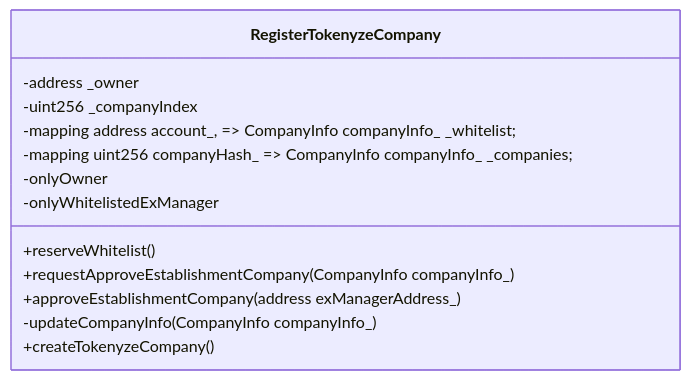
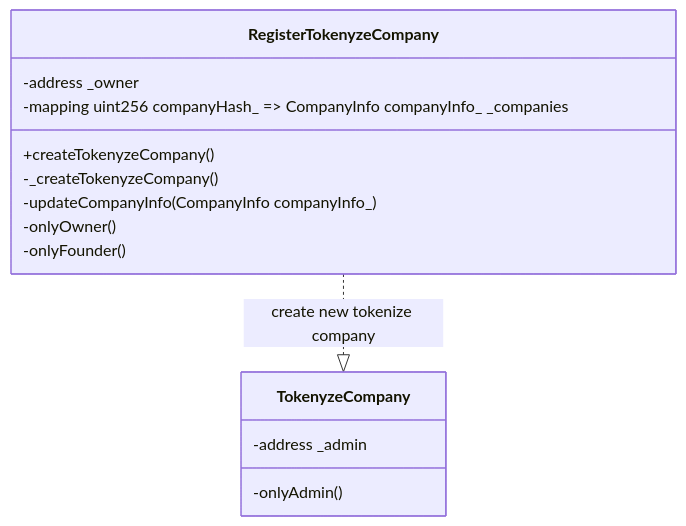
Before and after one commit to Borderless-company/Borderless-Contract: the second of 3 diagrams in docs/contracts/1.RegisterTokenyzeCompany/1.RegisterTokenyzeCompany.index.md, drawn with Mermaid. The commit also changed other lines of this file and 2 other files, not shown here.

````diff
--- a/docs/contracts/1.RegisterTokenyzeCompany/1.RegisterTokenyzeCompany.index.md
+++ b/docs/contracts/1.RegisterTokenyzeCompany/1.RegisterTokenyzeCompany.index.md
@@ -52,16 +50,18 @@
 ```mermaid
 classDiagram
+    RegisterTokenyzeCompany ..|> TokenyzeCompany: create new tokenize company
     class RegisterTokenyzeCompany{
         -address _owner
-        -uint256 _companyIndex
-        -mapping address account_, => CompanyInfo companyInfo_ _whitelist;
-        -mapping uint256 companyHash_ => CompanyInfo companyInfo_ _companies;
-        +reserveWhitelist()
-        +requestApproveEstablishmentCompany(CompanyInfo companyInfo_)
-        +approveEstablishmentCompany(address exManagerAddress_)
+        -mapping uint256 companyHash_ => CompanyInfo companyInfo_ _companies
+        +createTokenyzeCompany()
+        -_createTokenyzeCompany()
         -updateCompanyInfo(CompanyInfo companyInfo_)
-        +createTokenyzeCompany()
-        -onlyOwner
-        -onlyWhitelistedExManager
+        -onlyOwner()
+        -onlyFounder()
+    }
+
+    class TokenyzeCompany{
+        -address _admin
+        -onlyAdmin()
     }
 ```
````
